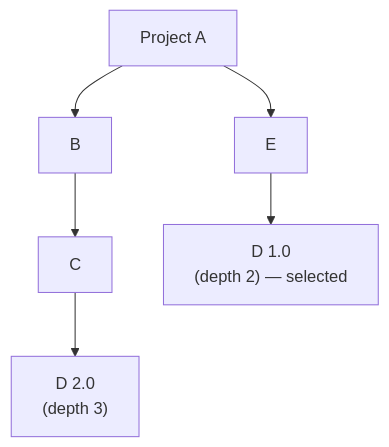
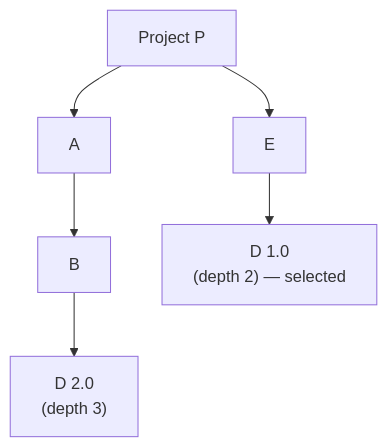
Before and after one commit to support-and-care/doc-for-maven: the second of 2 diagrams in docs/concepts/dependency-mechanism.md, drawn with Mermaid. The commit also changed other lines of this file and 2 other files, not shown here.

````diff
--- a/docs/concepts/dependency-mechanism.md
+++ b/docs/concepts/dependency-mechanism.md
@@ -67,8 +76,8 @@
 ``` mermaid
 graph TD
-  A["Project A"] --> B["B"]
-  A --> E["E"]
-  B --> C["C"]
-  C --> D2["D 2.0<br/>(depth 3)"]
+  P["Project P"] --> A["A"]
+  P --> E["E"]
+  A --> B["B"]
+  B --> D2["D 2.0<br/>(depth 3)"]
   E --> D1["D 1.0<br/>(depth 2) — selected"]
 ```
````
